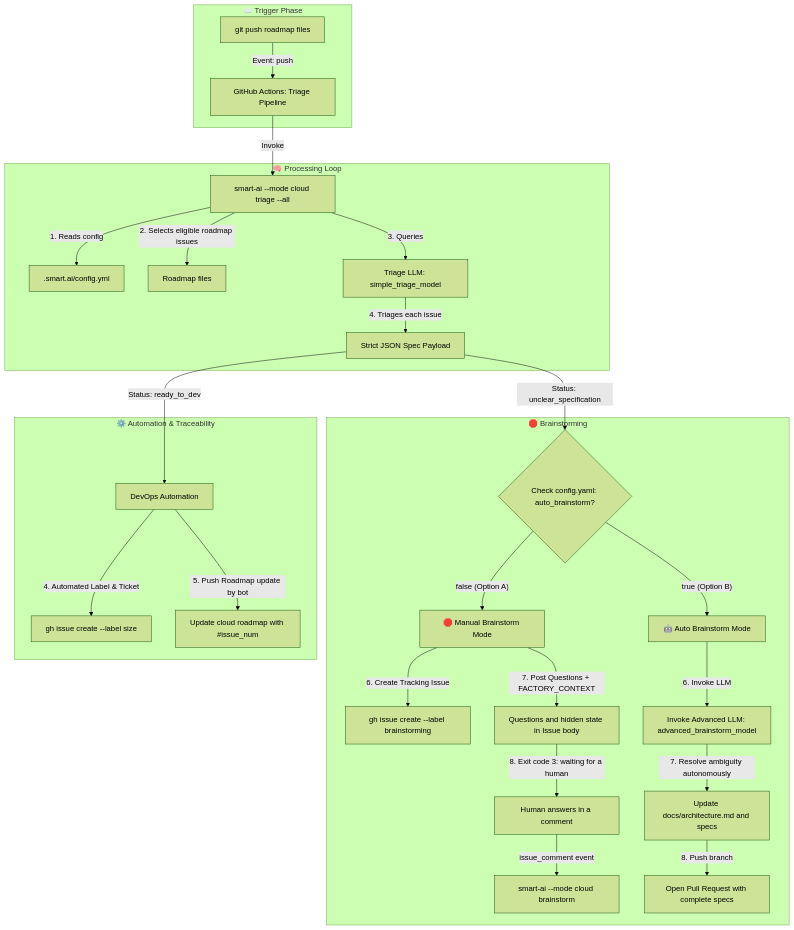
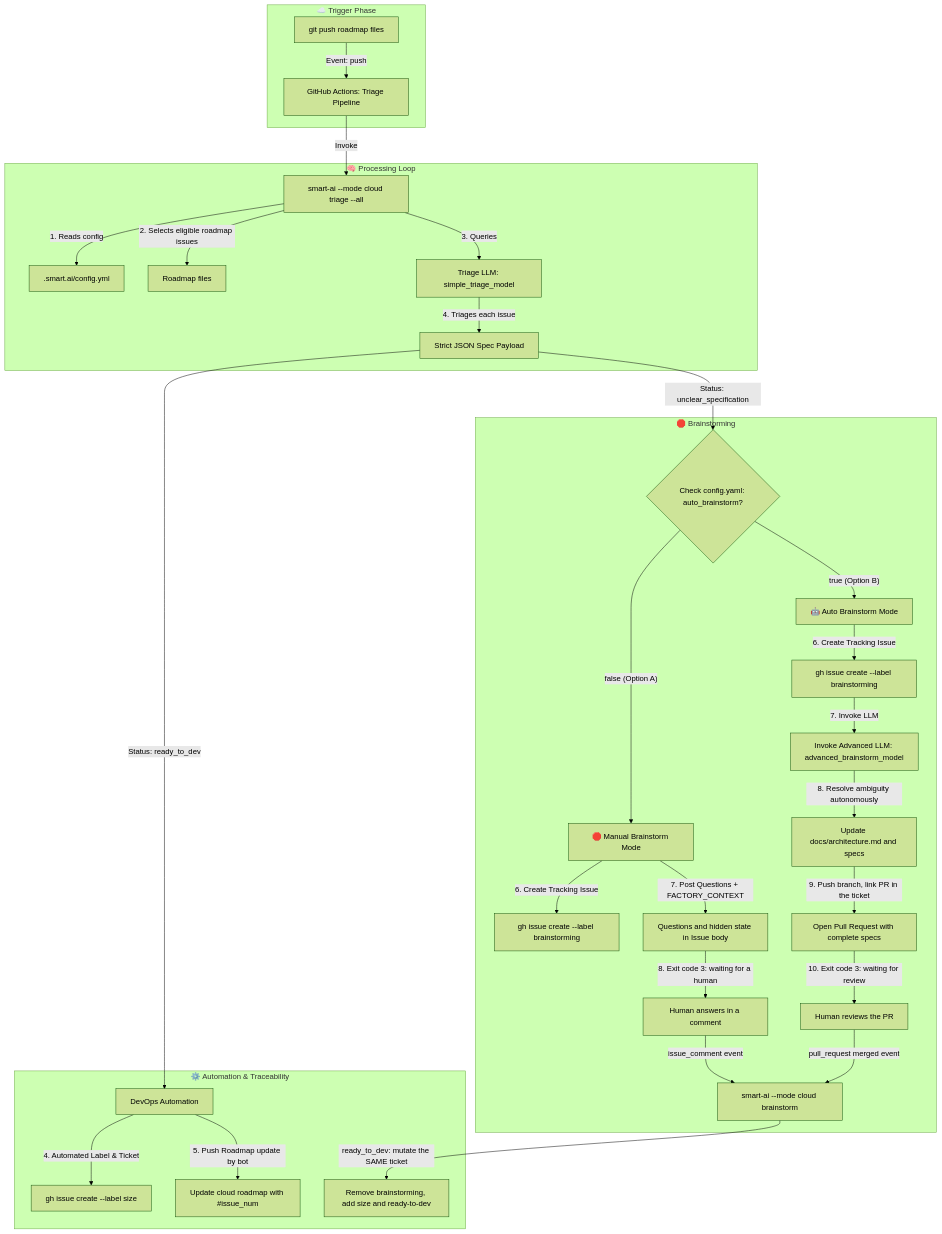
The diagram in docs/pipelines/triage_cloud.md (fletort/smart-ai-factory), drawn with Mermaid (forest theme) before and after one commit. The commit also changed other lines of this file and 3 other files, not shown here.

````diff
--- a/docs/pipelines/triage_cloud.md
+++ b/docs/pipelines/triage_cloud.md
@@ -22,38 +22,42 @@
 ```mermaid
 graph TD
     subgraph "☁️ Trigger Phase"
         Git[git push roadmap files] -->|Event: push| CI_Triage[GitHub Actions: Triage Pipeline]
     end
 
     subgraph box1["🧠 Processing Loop"]
         CI_Triage -->|Invoke| CoreTriage[smart-ai --mode cloud triage --all]
         CoreTriage -->|1. Reads config| Config[.smart.ai/config.yml]
         CoreTriage -->|2. Selects eligible roadmap issues| RM0[Roadmap files]
         CoreTriage -->|3. Queries| LLM1[Triage LLM: simple_triage_model]
         LLM1 -->|4. Triages each issue| JSON1[Strict JSON Spec Payload]
     end
 
     subgraph "🛑 Brainstorming"
         JSON1 -->|"Status: unclear_specification"| CheckConfig{Check config.yaml: auto_brainstorm?}
 
         %% OPTION A : Stop & Open a Ticket
         CheckConfig -->|"false (Option A)"| CloudStop[🛑 Manual Brainstorm Mode]
         CloudStop -->|6. Create Tracking Issue| GH_BS[gh issue create --label brainstorming]
         CloudStop -->|7. Post Questions + FACTORY_CONTEXT| NativeComment[Questions and hidden state in Issue body]
         NativeComment -->|8. Exit code 3: waiting for a human| Wait[Human answers in a comment]
         Wait -->|issue_comment event| Resume[smart-ai --mode cloud brainstorm]
 
         %% OPTION B : Full Auto Brainstorm -> PR Direct
         CheckConfig -->|"true (Option B)"| CloudAuto[🤖 Auto Brainstorm Mode]
-        CloudAuto -->|6. Invoke LLM| LLM2[Invoke Advanced LLM: advanced_brainstorm_model]
-        LLM2 -->|7. Resolve ambiguity autonomously| Fix[Update docs/architecture.md and specs]
-        Fix -->|8. Push branch| PR[Open Pull Request with complete specs]
+        CloudAuto -->|6. Create Tracking Issue| GH_BS2[gh issue create --label brainstorming]
+        GH_BS2 -->|7. Invoke LLM| LLM2[Invoke Advanced LLM: advanced_brainstorm_model]
+        LLM2 -->|8. Resolve ambiguity autonomously| Fix[Update docs/architecture.md and specs]
+        Fix -->|9. Push branch, link PR in the ticket| PR[Open Pull Request with complete specs]
+        PR -->|10. Exit code 3: waiting for review| Review[Human reviews the PR]
+        Review -->|pull_request merged event| Resume
     end
 
     subgraph "⚙️ Automation & Traceability"
         JSON1 -->|"Status: ready_to_dev"| DevOpCloud[DevOps Automation]
         DevOpCloud -->|4. Automated Label & Ticket| GH_Issue[gh issue create --label size]
         DevOpCloud -->|5. Push Roadmap update by bot| GitSync[Update cloud roadmap with #issue_num]
+        Resume -->|ready_to_dev: mutate the SAME ticket| Mutate[Remove brainstorming, add size and ready-to-dev]
     end
 
 ```
````
